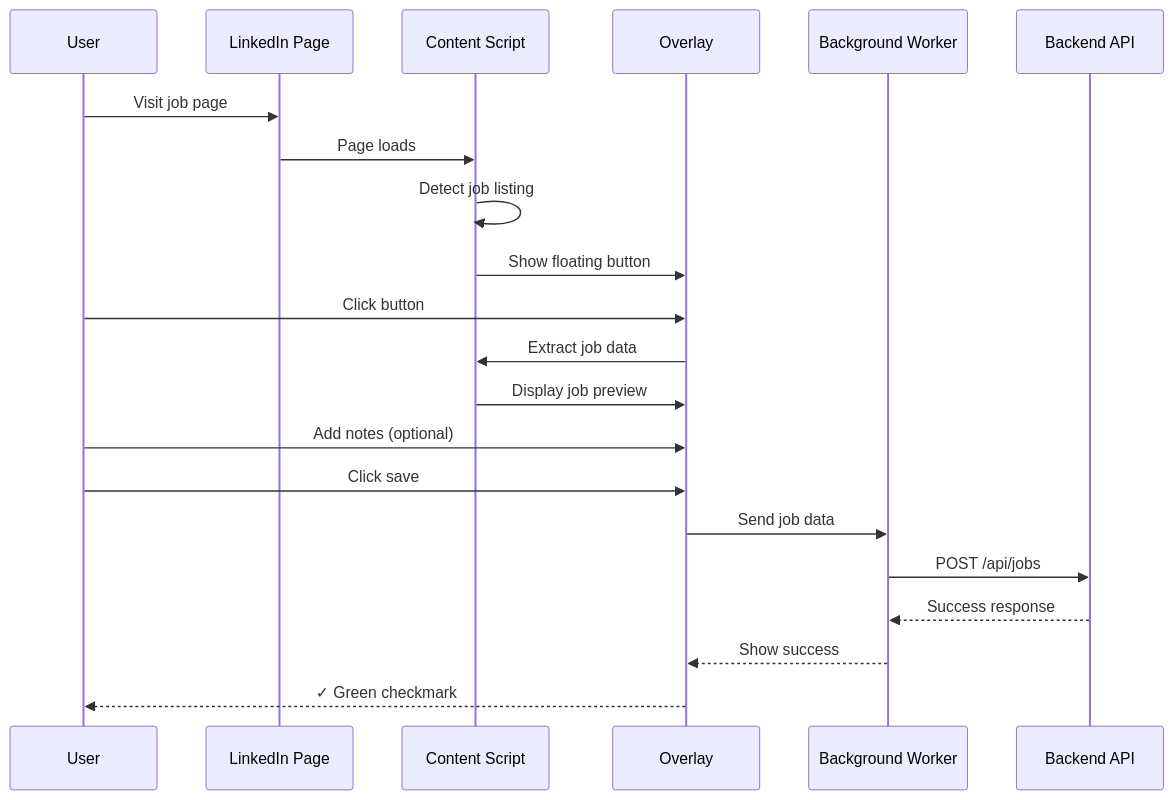
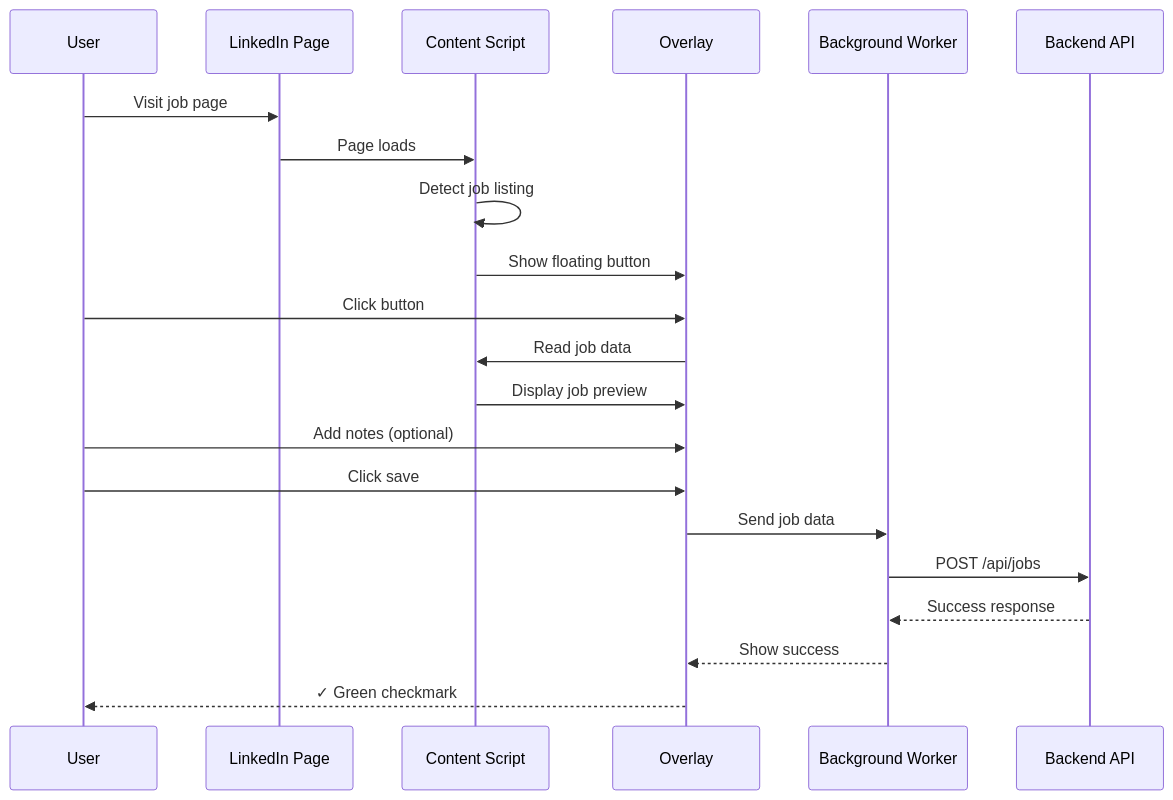
Before and after one commit to benidevo/vega-ai-extension: the second of 3 diagrams in docs/TECHNICAL_DESIGN.md, drawn with Mermaid. The commit also changed other lines of this file and 19 other files, not shown here.

````diff
--- a/docs/TECHNICAL_DESIGN.md
+++ b/docs/TECHNICAL_DESIGN.md
@@ -203,24 +203,24 @@
 ```mermaid
 sequenceDiagram
     participant U as User
     participant LP as LinkedIn Page
     participant CS as Content Script
     participant OV as Overlay
     participant BG as Background Worker
     participant API as Backend API
 
     U->>LP: Visit job page
     LP->>CS: Page loads
     CS->>CS: Detect job listing
     CS->>OV: Show floating button
     U->>OV: Click button
-    OV->>CS: Extract job data
+    OV->>CS: Read job data
     CS->>OV: Display job preview
     U->>OV: Add notes (optional)
     U->>OV: Click save
     OV->>BG: Send job data
     BG->>API: POST /api/jobs
     API-->>BG: Success response
     BG-->>OV: Show success
     OV-->>U: ✓ Green checkmark
 ```
````
